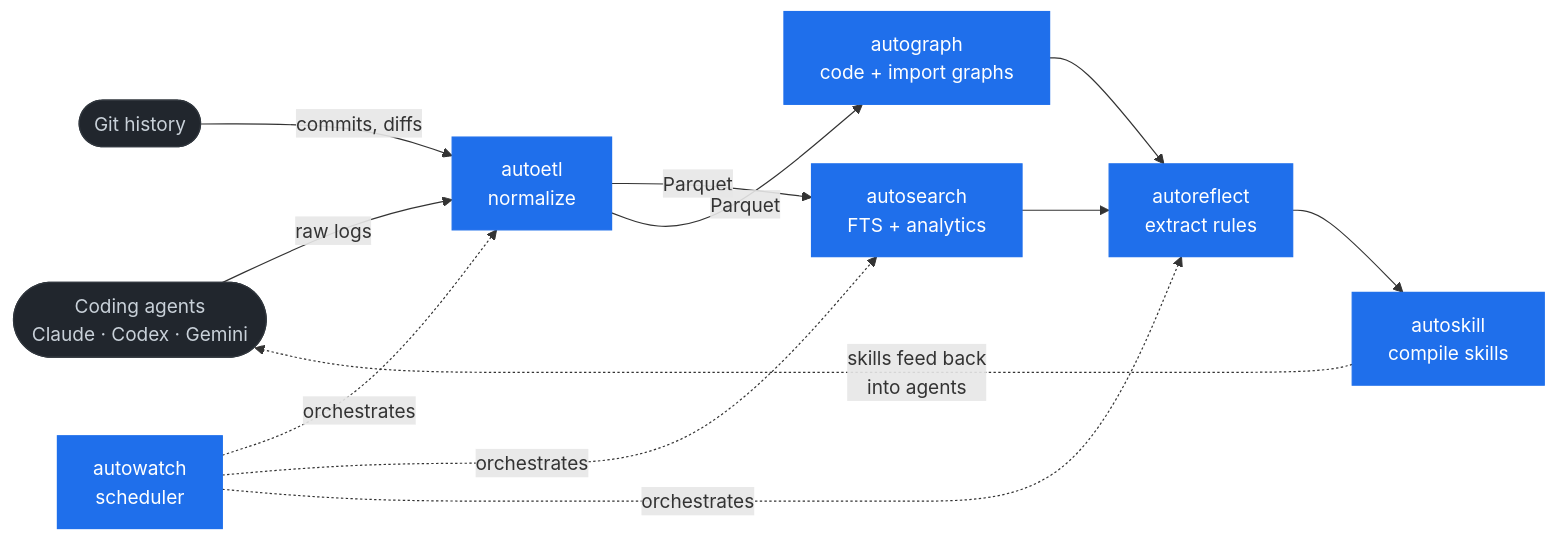
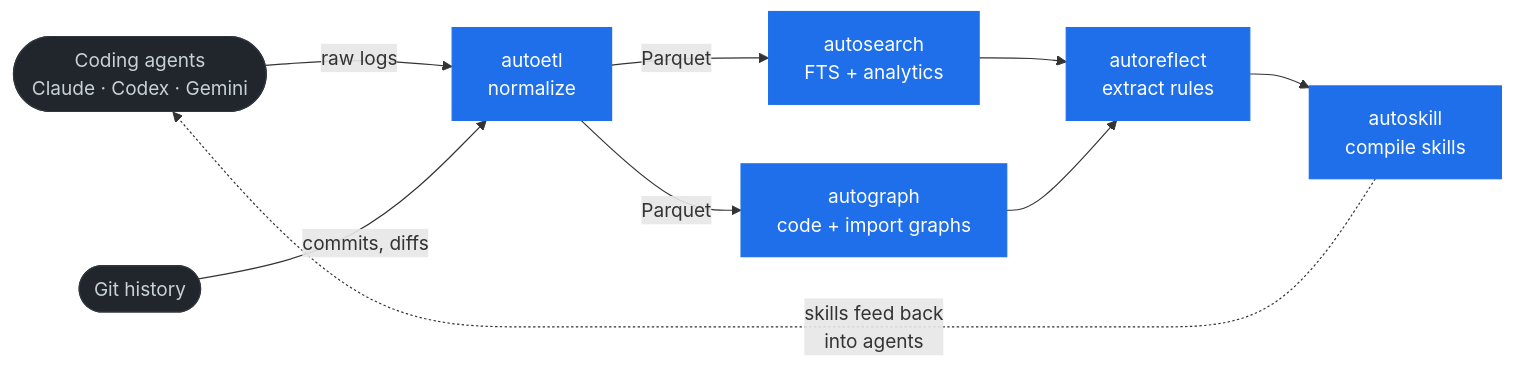
Before and after one commit to mistakenot/auto-stack: the first of 2 diagrams in README.md, drawn with Mermaid.

Commit message:
docs(readme): drop autowatch from top-level pipeline diagram
The scheduler isn't part of the core data flow — it just runs the same
commands on a cadence. Showing it as a separate orchestration layer in
the hero diagram makes the picture noisier without clarifying anything
a reader can't infer from the autowatch section below.

Session-Id: ab623175-de53-49dc-b0a8-15171827e953

````diff
--- a/README.md
+++ b/README.md
@@ -7,19 +7,16 @@
 ```mermaid
 flowchart LR
     Agents([Coding agents<br/>Claude · Codex · Gemini]) -->|raw logs| ETL[autoetl<br/>normalize]
     Git([Git history]) -->|commits, diffs| ETL
     ETL -->|Parquet| Search[autosearch<br/>FTS + analytics]
     ETL -->|Parquet| Graph[autograph<br/>code + import graphs]
     Search --> Reflect[autoreflect<br/>extract rules]
     Graph --> Reflect
     Reflect --> Skill[autoskill<br/>compile skills]
     Skill -.->|skills feed back<br/>into agents| Agents
-    Watch[autowatch<br/>scheduler] -. orchestrates .-> ETL
-    Watch -. orchestrates .-> Search
-    Watch -. orchestrates .-> Reflect
 
     classDef active fill:#1f6feb,stroke:#1f6feb,color:#fff;
     classDef io fill:#21262d,stroke:#30363d,color:#c9d1d9;
-    class ETL,Search,Graph,Reflect,Skill,Watch active;
+    class ETL,Search,Graph,Reflect,Skill active;
     class Agents,Git io;
 ```
````
